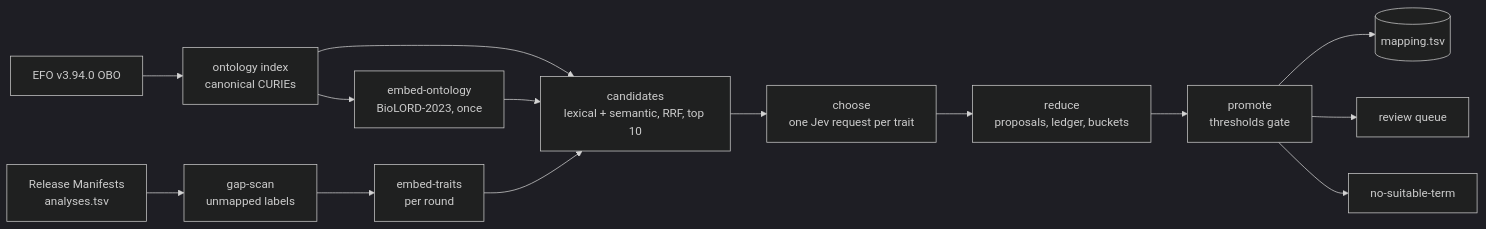
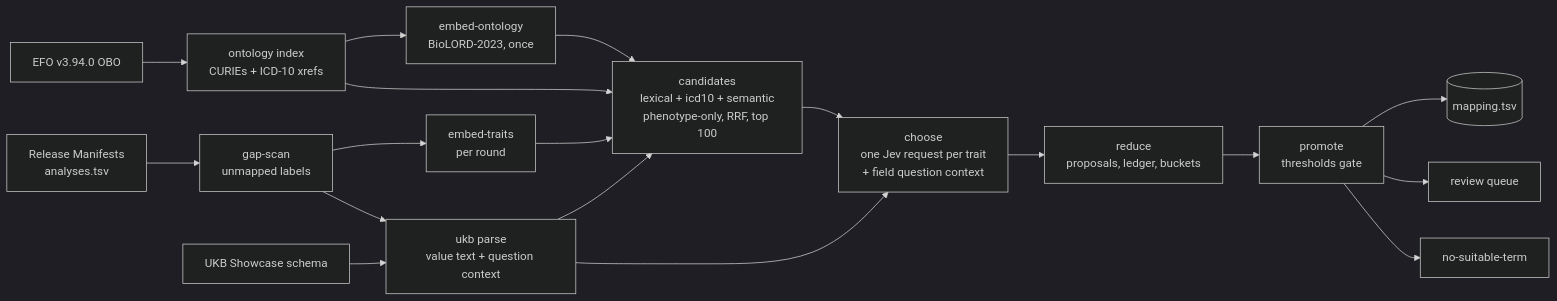
One commit to opengwas/opengwasdb-stores changed the diagram in resources/scripts/trait-mapping-report.qmd. Above: the diagram before and after it, drawn with Mermaid (dark theme). The commit also changed other lines of this file and 1 other file, not shown here.

First line of the commit message:
docs(curation): report the #185 pipeline (icd10 channel, phenotype filter, shortlist 100, Showcase context)

````diff
--- a/resources/scripts/trait-mapping-report.qmd
+++ b/resources/scripts/trait-mapping-report.qmd
@@ -89,16 +92,20 @@
 ```{mermaid}
 flowchart LR
   M[Release Manifests<br/>analyses.tsv] --> G[gap-scan<br/>unmapped labels]
-  O[EFO v3.94.0 OBO] --> I[ontology index<br/>canonical CURIEs]
+  O[EFO v3.94.0 OBO] --> I[ontology index<br/>CURIEs + ICD-10 xrefs]
+  S[UKB Showcase schema] --> U[ukb parse<br/>value text + question context]
   I --> EO[embed-ontology<br/>BioLORD-2023, once]
   G --> ET[embed-traits<br/>per round]
-  I --> C[candidates<br/>lexical + semantic, RRF, top 10]
+  G --> U
+  I --> C[candidates<br/>lexical + icd10 + semantic<br/>phenotype-only, RRF, top 100]
+  U --> C
   EO --> C
   ET --> C
-  C --> CH[choose<br/>one Jev request per trait]
+  C --> CH[choose<br/>one Jev request per trait<br/>+ field question context]
+  U --> CH
   CH --> R[reduce<br/>proposals, ledger, buckets]
   R --> P[promote<br/>thresholds gate]
   P --> T[(mapping.tsv)]
   P --> Q[review queue]
   P --> N[no-suitable-term]
 ```
````
